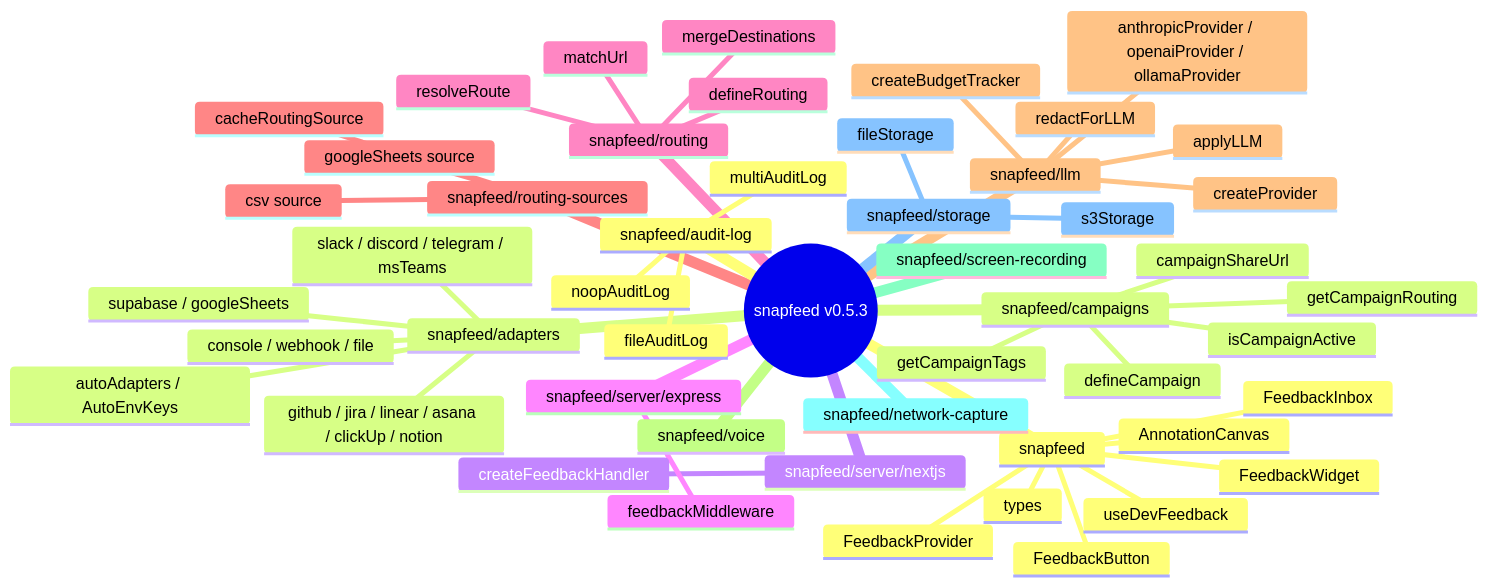
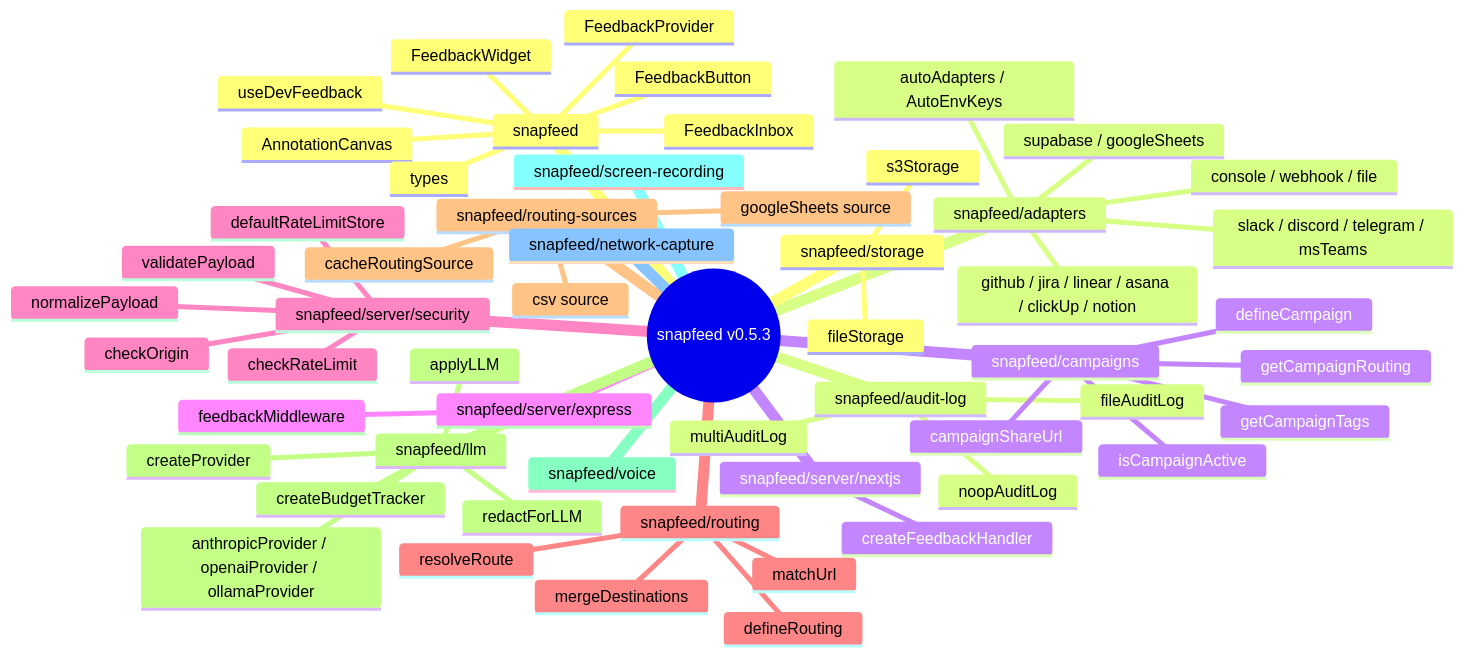
One commit to shimoverse/snapfeed changed diagram 16 of 20 in docs/ARCHITECTURE.md. Above: the diagram before and after it, drawn with Mermaid. The commit also changed 25 other files, not shown here.

````diff
--- a/docs/ARCHITECTURE.md
+++ b/docs/ARCHITECTURE.md
@@ -913,53 +913,59 @@
 ```mermaid
 mindmap
   root((snapfeed v0.5.3))
     snapfeed
       FeedbackProvider
       FeedbackWidget
       FeedbackButton
       FeedbackInbox
       AnnotationCanvas
       useDevFeedback
       types
     snapfeed/adapters
       console / webhook / file
       slack / discord / telegram / msTeams
       github / jira / linear / asana / clickUp / notion
       supabase / googleSheets
       autoAdapters / AutoEnvKeys
     snapfeed/server/nextjs
       createFeedbackHandler
     snapfeed/server/express
       feedbackMiddleware
+    snapfeed/server/security
+      validatePayload
+      checkOrigin
+      checkRateLimit
+      defaultRateLimitStore
+      normalizePayload
     snapfeed/routing
       defineRouting
       resolveRoute
       matchUrl
       mergeDestinations
     snapfeed/routing-sources
       cacheRoutingSource
       csv source
       googleSheets source
     snapfeed/llm
       applyLLM
       createProvider
       anthropicProvider / openaiProvider / ollamaProvider
       createBudgetTracker
       redactForLLM
     snapfeed/voice
     snapfeed/screen-recording
     snapfeed/network-capture
     snapfeed/storage
       fileStorage
       s3Storage
     snapfeed/audit-log
       fileAuditLog
       noopAuditLog
       multiAuditLog
     snapfeed/campaigns
       defineCampaign
       isCampaignActive
       getCampaignTags
       getCampaignRouting
       campaignShareUrl
 ```
````
